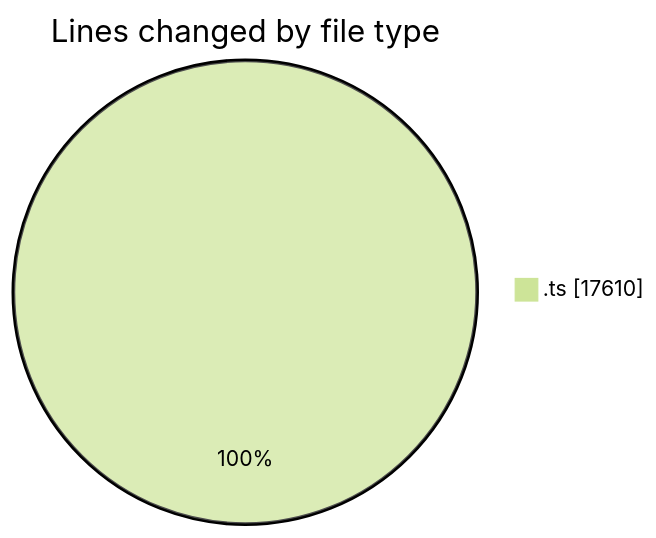
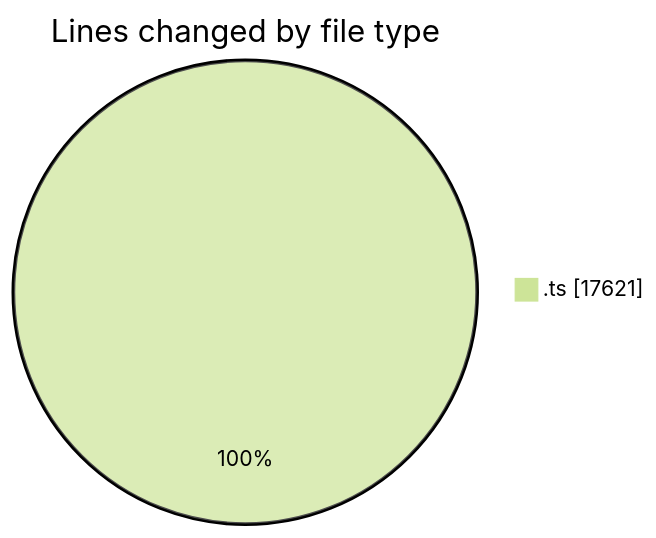
Before and after one commit to momahboobian/code-tracking: the first of 2 diagrams in 2026-09-11/cda/README.md, drawn with Mermaid (forest theme). The commit also changed other lines of this file and 1 other file, not shown here.

````diff
--- a/2026-09-11/cda/README.md
+++ b/2026-09-11/cda/README.md
@@ -25,5 +25,5 @@
 ```mermaid
 pie showData
 title Lines changed by file type
-".ts" : 17610
+".ts" : 17621
 ```
````
